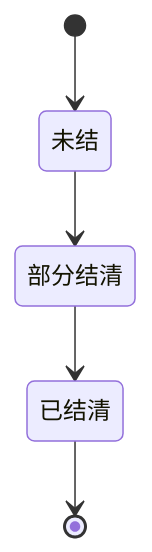
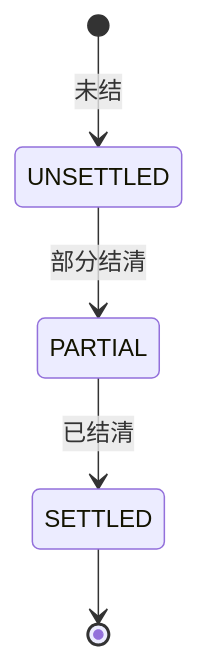
The sixth of 6 diagrams in docs/业务流程与状态机.md (wx-wan/ysem), drawn with Mermaid before and after one commit. The commit also changed other lines of this file, not shown here.

Commit message:
docs: 重排业务流程与状态机 mermaid 图表，修正实现进度

````diff
--- a/docs/业务流程与状态机.md
+++ b/docs/业务流程与状态机.md
@@ -164,7 +118,7 @@
 ```mermaid
 stateDiagram-v2
-    [*] --> 未结
-    未结 --> 部分结清
-    部分结清 --> 已结清
-    已结清 --> [*]
+    [*] --> UNSETTLED : 未结
+    UNSETTLED --> PARTIAL : 部分结清
+    PARTIAL --> SETTLED : 已结清
+    SETTLED --> [*]
 ```
````
